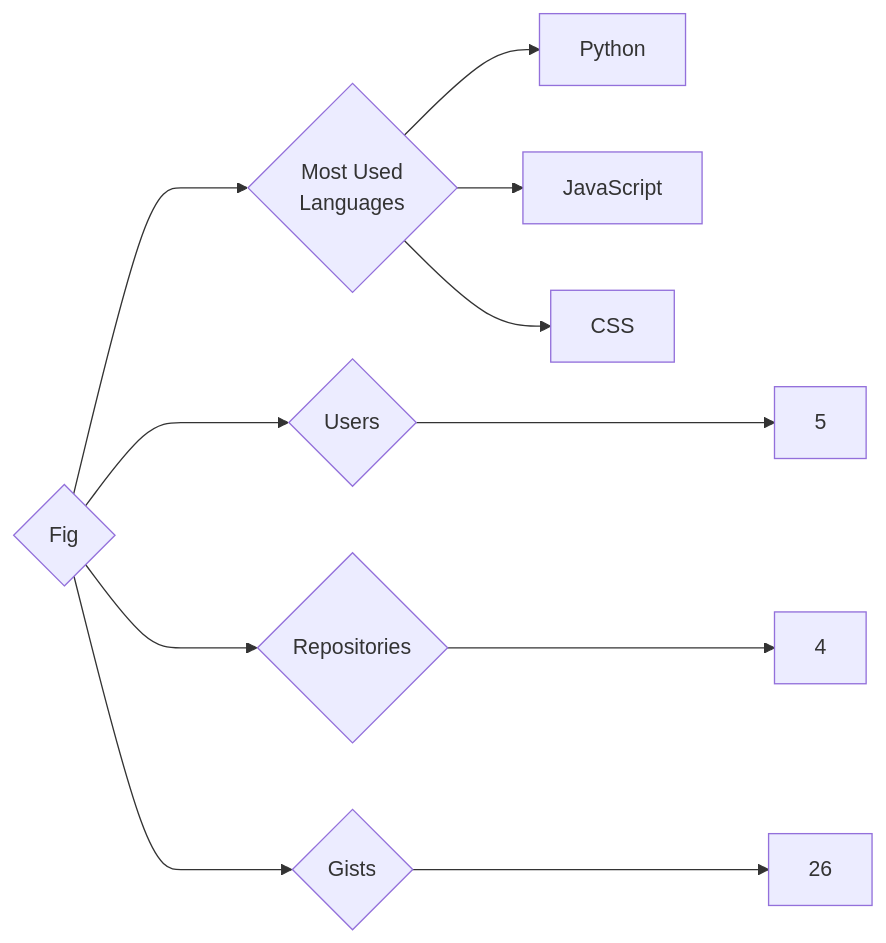
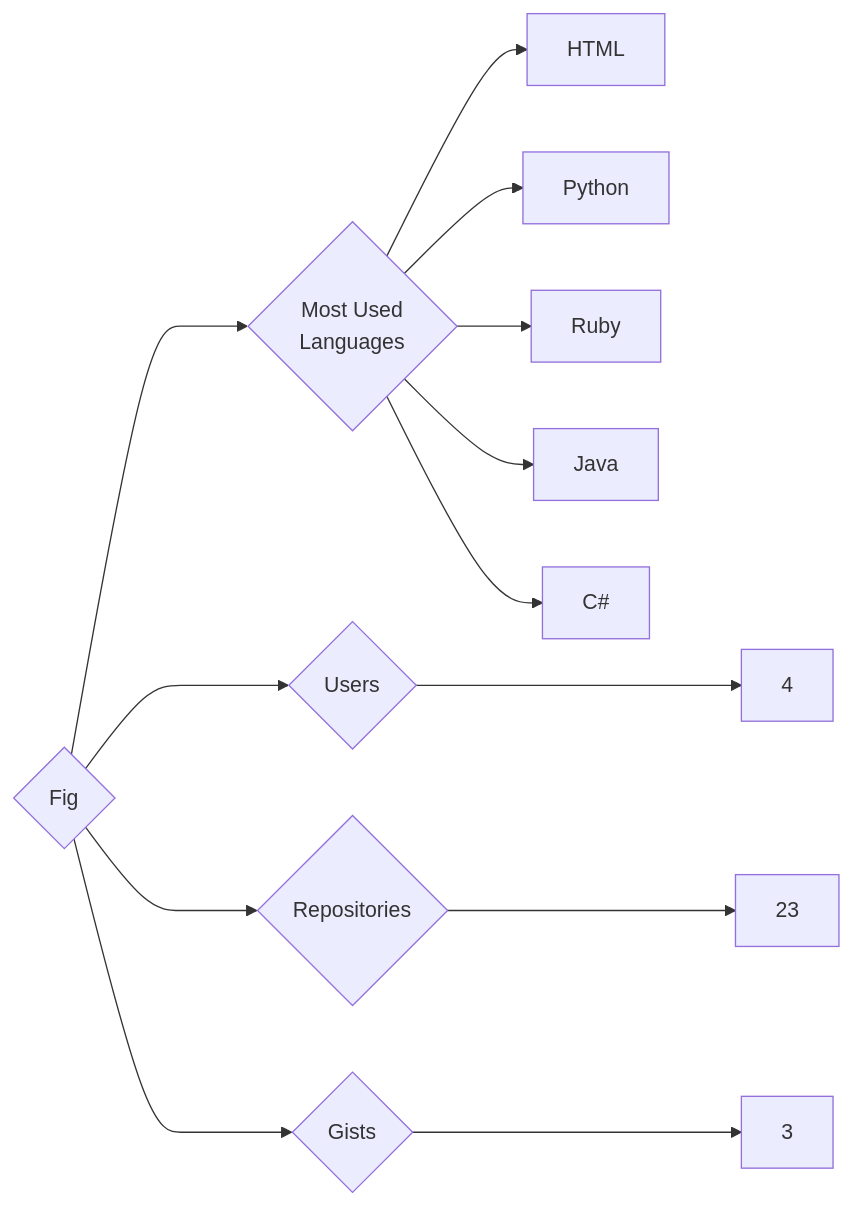
One commit to trickest/insiders changed the diagram in targets/Fig/README.md. Above: the diagram before and after it, drawn with Mermaid. The commit also changed 1175 other files, not shown here.

````diff
--- a/targets/Fig/README.md
+++ b/targets/Fig/README.md
@@ -3,11 +3,13 @@
 ```mermaid
 graph LR
 COMPANY_NAME{Fig}
-COMPANY_NAME ---> U{Users} ---> UN[5]
-COMPANY_NAME ---> R{Repositories} ---> RN[4]
-COMPANY_NAME ---> G{Gists} ---> GN[26]
+COMPANY_NAME ---> U{Users} ---> UN[4]
+COMPANY_NAME ---> R{Repositories} ---> RN[23]
+COMPANY_NAME ---> G{Gists} ---> GN[3]
 COMPANY_NAME ---> ML{Most Used<br>Languages}
+ML --> HTML[HTML]
 ML --> Python[Python]
-ML --> JavaScript[JavaScript]
-ML --> CSS[CSS]
+ML --> Ruby[Ruby]
+ML --> Java[Java]
+ML --> C#[C#]
 ```
````
